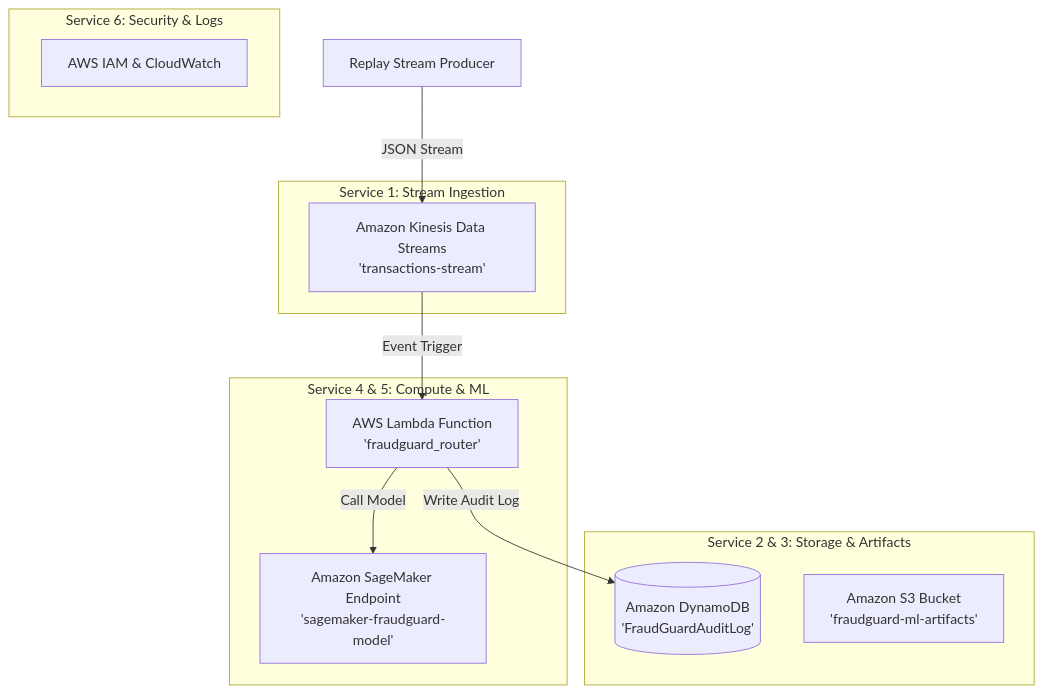
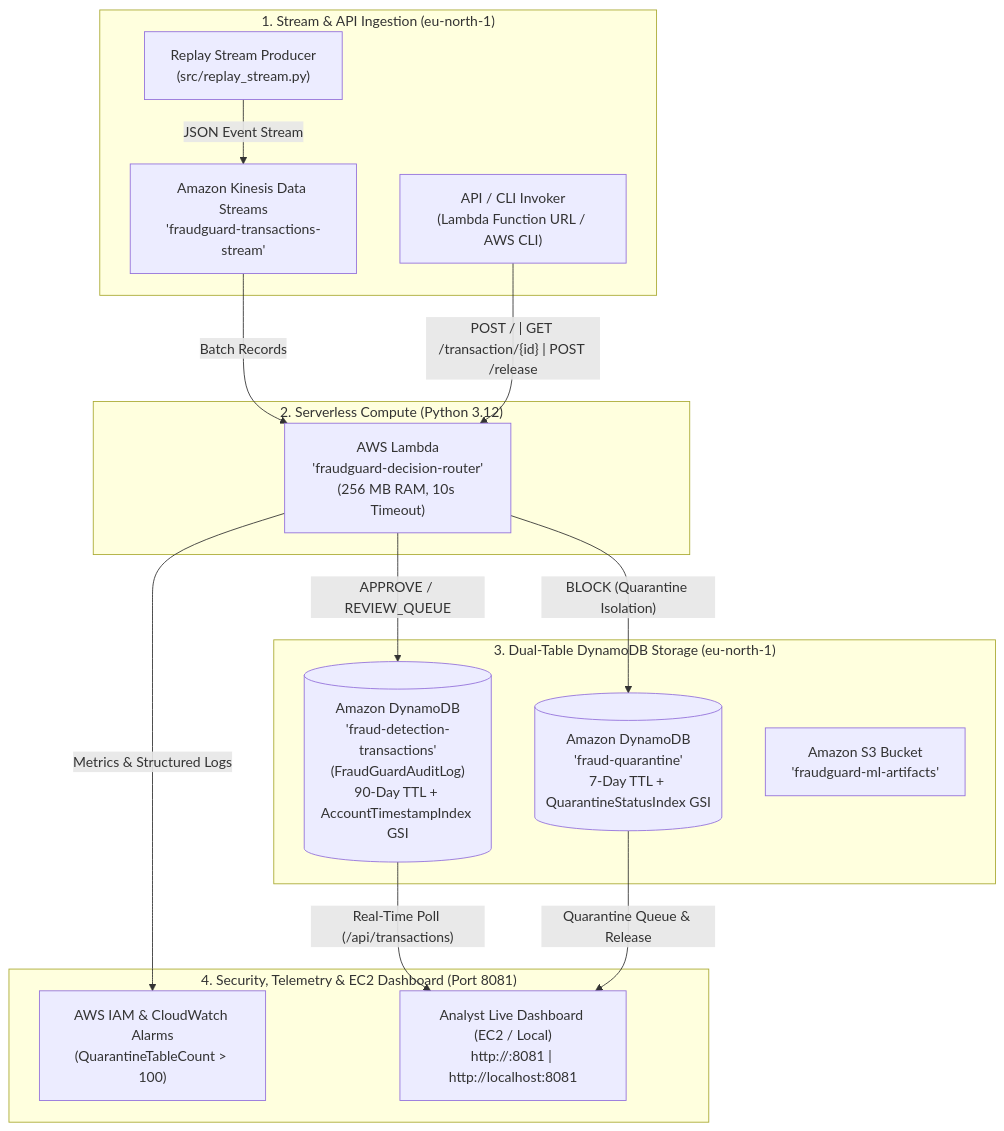
One commit to AbhiSharma200/Fraudguard changed the diagram in docs/AWS_CLOUD_INTEGRATION_GUIDE.md. Above: the diagram before and after it, drawn with Mermaid. The commit also changed other lines of this file and 182 other files, not shown here.

Commit message:
Production FraudGuard Release: 7-Feature Forensic Scoring Engine, Risk & Compliance Console UI, Terraform IaC & QA Suite

````diff
--- a/docs/AWS_CLOUD_INTEGRATION_GUIDE.md
+++ b/docs/AWS_CLOUD_INTEGRATION_GUIDE.md
@@ -12,25 +18,31 @@
 ```mermaid
 flowchart TD
-    subgraph Stream_Ingestion ["Service 1: Stream Ingestion"]
-        Kinesis[Amazon Kinesis Data Streams\n'transactions-stream']
+    subgraph Ingestion ["1. Stream & API Ingestion (eu-north-1)"]
+        Producer["Replay Stream Producer\n(src/replay_stream.py)"]
+        Kinesis["Amazon Kinesis Data Streams\n'fraudguard-transactions-stream'"]
+        Client["API / CLI Invoker\n(Lambda Function URL / AWS CLI)"]
+        Producer -- "JSON Event Stream" --> Kinesis
     end
 
-    subgraph Storage_Layer ["Service 2 & 3: Storage & Artifacts"]
-        DynamoDB[(Amazon DynamoDB\n'FraudGuardAuditLog')]
-        S3[Amazon S3 Bucket\n'fraudguard-ml-artifacts']
+    subgraph Compute ["2. Serverless Compute (Python 3.12)"]
+        Lambda["AWS Lambda\n'fraudguard-decision-router'\n(256 MB RAM, 10s Timeout)"]
+        Kinesis -- "Batch Records" --> Lambda
+        Client -- "POST / | GET /transaction/{id} | POST /release" --> Lambda
     end
 
-    subgraph Decision_Router ["Service 4 & 5: Compute & ML"]
-        Lambda[AWS Lambda Function\n'fraudguard_router']
-        SageMaker[Amazon SageMaker Endpoint\n'sagemaker-fraudguard-model']
+    subgraph Storage ["3. Dual-Table DynamoDB Storage (eu-north-1)"]
+        MainDB[("Amazon DynamoDB\n'fraud-detection-transactions'\n(FraudGuardAuditLog)\n90-Day TTL + AccountTimestampIndex GSI")]
+        QuarDB[("Amazon DynamoDB\n'fraud-quarantine'\n7-Day TTL + QuarantineStatusIndex GSI")]
+        S3["Amazon S3 Bucket\n'fraudguard-ml-artifacts'"]
+        Lambda -- "APPROVE / REVIEW_QUEUE" --> MainDB
+        Lambda -- "BLOCK (Quarantine Isolation)" --> QuarDB
     end
 
-    subgraph Observability ["Service 6: Security & Logs"]
-        IAM[AWS IAM & CloudWatch]
+    subgraph Observability_Dashboard ["4. Security, Telemetry & EC2 Dashboard (Port 8081)"]
+        CW["AWS IAM & CloudWatch Alarms\n(QuarantineTableCount > 100)"]
+        EC2["Analyst Live Dashboard (EC2 / Local)\nhttp://<ec2-ip>:8081 | http://localhost:8081"]
+        Lambda -- "Metrics & Structured Logs" --> CW
+        MainDB -- "Real-Time Poll (/api/transactions)" --> EC2
+        QuarDB -- "Quarantine Queue & Release" --> EC2
     end
-
-    Replay[Replay Stream Producer] -- JSON Stream --> Kinesis
-    Kinesis -- Event Trigger --> Lambda
-    Lambda -- Call Model --> SageMaker
-    Lambda -- Write Audit Log --> DynamoDB
 ```
````
